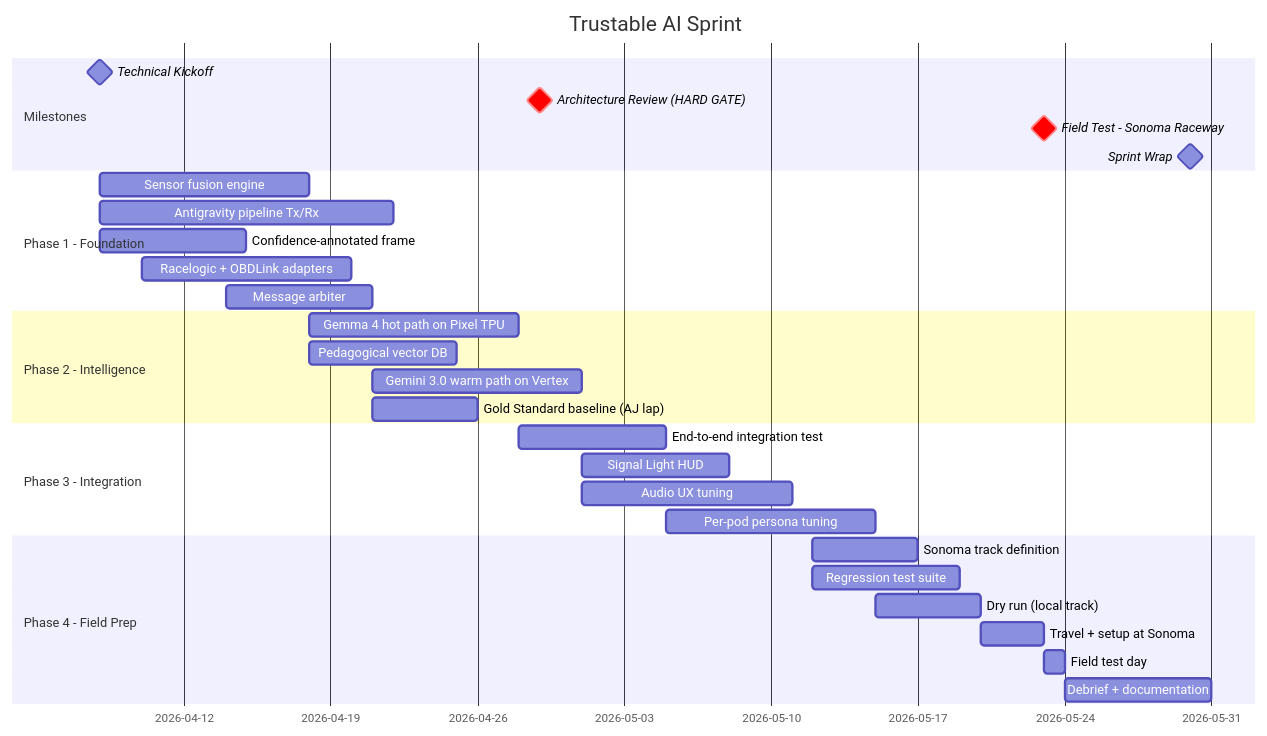
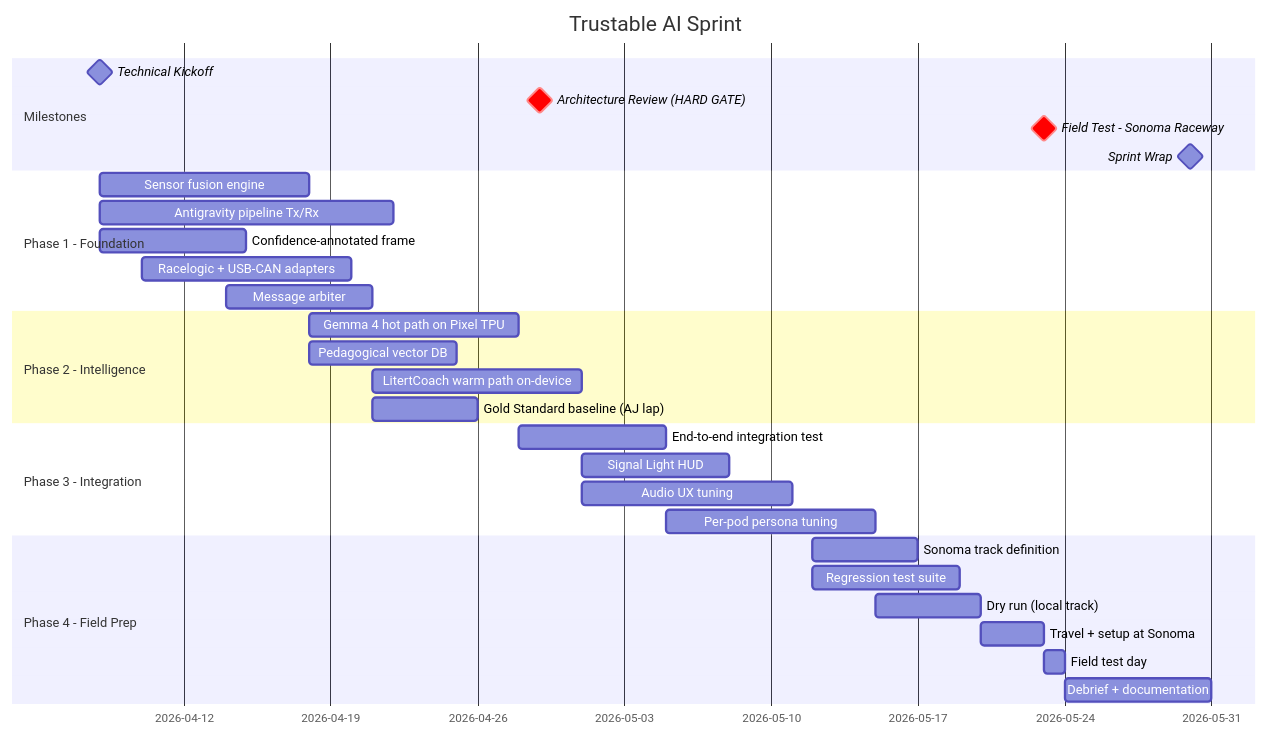
Before and after one commit to mlnomadpy/pitwall: the first of 3 diagrams in docs/sprint-plan.md, drawn with Mermaid. The commit also changed other lines of this file and 47 other files, not shown here.

````diff
--- a/docs/sprint-plan.md
+++ b/docs/sprint-plan.md
@@ -20,38 +20,38 @@
 ```mermaid
 gantt
     title Trustable AI Sprint
     dateFormat YYYY-MM-DD
     
     section Milestones
     Technical Kickoff              :milestone, m1, 2026-04-08, 0d
     Architecture Review (HARD GATE):milestone, crit, m2, 2026-04-29, 0d
     Field Test - Sonoma Raceway    :milestone, crit, m3, 2026-05-23, 0d
     Sprint Wrap                    :milestone, m4, 2026-05-30, 0d
     
     section Phase 1 - Foundation
     Sensor fusion engine           :a1, 2026-04-08, 10d
     Antigravity pipeline Tx/Rx     :a2, 2026-04-08, 14d
     Confidence-annotated frame     :a3, 2026-04-08, 7d
-    Racelogic + OBDLink adapters   :a4, 2026-04-10, 10d
+    Racelogic + USB-CAN adapters    :a4, 2026-04-10, 10d
     Message arbiter                :a5, 2026-04-14, 7d
     
     section Phase 2 - Intelligence
     Gemma 4 hot path on Pixel TPU  :b1, 2026-04-18, 10d
     Pedagogical vector DB          :b2, 2026-04-18, 7d
-    Gemini 3.0 warm path on Vertex :b3, 2026-04-21, 10d
+    LitertCoach warm path on-device :b3, 2026-04-21, 10d
     Gold Standard baseline (AJ lap):b4, 2026-04-21, 5d
     
     section Phase 3 - Integration
     End-to-end integration test    :c1, 2026-04-28, 7d
     Signal Light HUD               :c2, 2026-05-01, 7d
     Audio UX tuning                :c3, 2026-05-01, 10d
     Per-pod persona tuning         :c4, 2026-05-05, 10d
     
     section Phase 4 - Field Prep
     Sonoma track definition        :d1, 2026-05-12, 5d
     Regression test suite          :d2, 2026-05-12, 7d
     Dry run (local track)          :d3, 2026-05-15, 5d
     Travel + setup at Sonoma       :d4, 2026-05-20, 3d
     Field test day                 :d5, 2026-05-23, 1d
     Debrief + documentation        :d6, 2026-05-24, 7d
 ```
````
